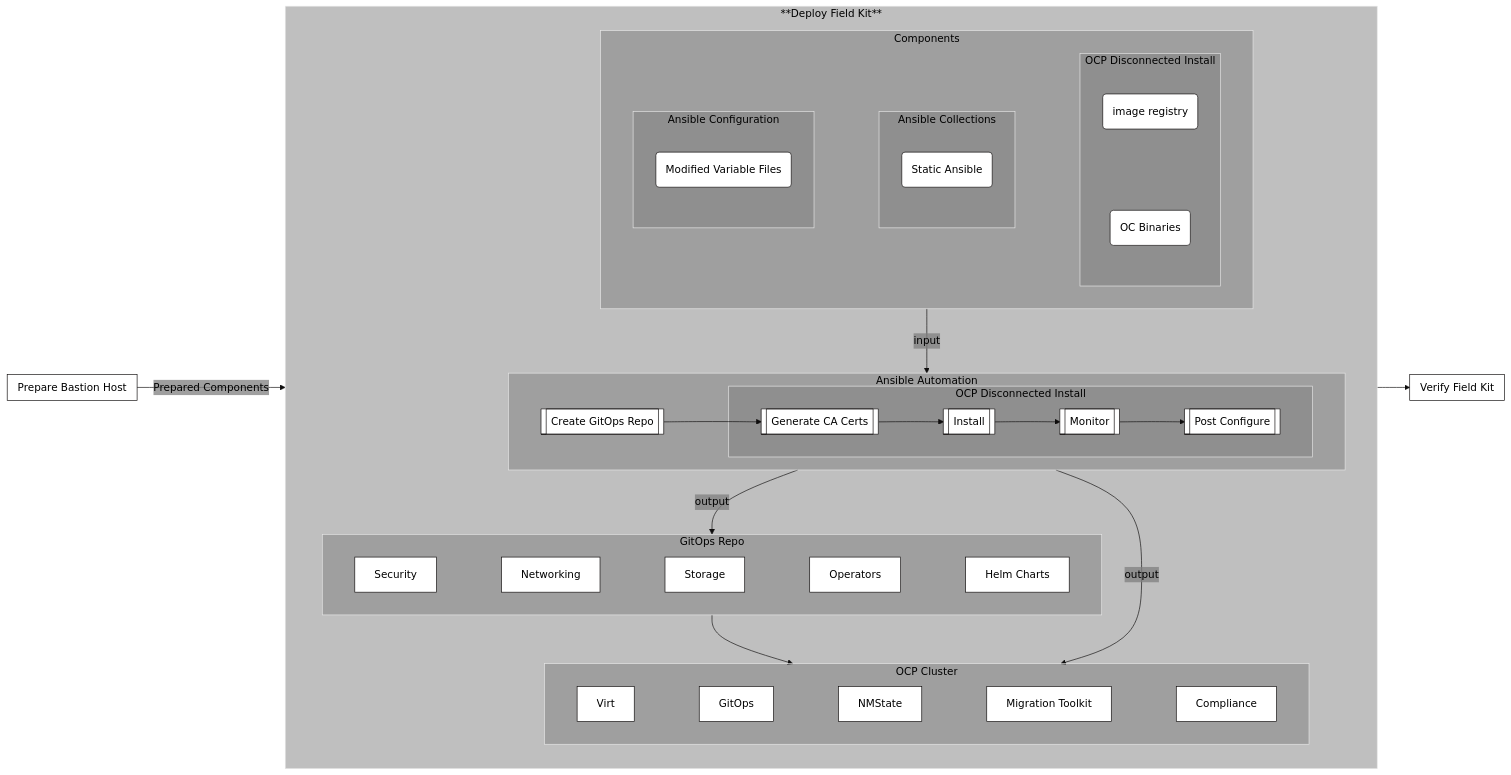
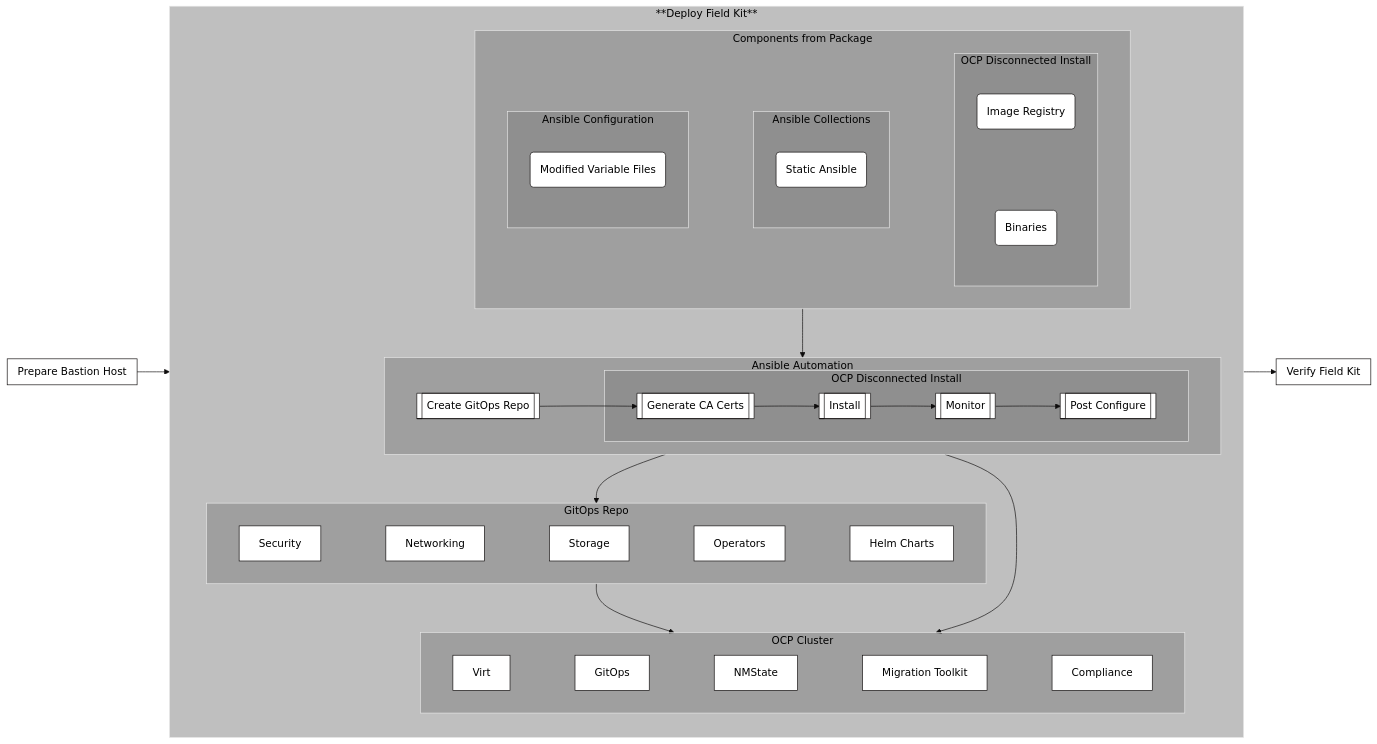
The diagram in workflow/diagram-4.md (ppremru/LaunchFieldKitAdoption), drawn with Mermaid before and after one commit. The commit also changed other lines of this file and 9 other files, not shown here.

````diff
--- a/workflow/diagram-4.md
+++ b/workflow/diagram-4.md
@@ -3,73 +3,73 @@
 ```mermaid
 ---
 config:
   theme: 'base'
   themeVariables:
     primaryColor: '#FFFFFFFF'
     primaryTextColor: '#000000'
     primaryBorderColor: '#0c0909ff'
     clusterBkg: '#80808080'
     lineColor: '#0e0d0dff'
     secondaryColor: '#80808080'
 ---
 flowchart LR
     subgraph 3[Prepare Bastion Host]
     end
     subgraph 4[**Deploy Field Kit**]
-        subgraph Artifacts[Components]
+        subgraph Artifacts[Components from Package]
           direction LR
           subgraph OCP[OCP Disconnected Install]
             direction TB
-            OCP1(image registry)
-            OCP2(OC Binaries)
+            OCP1(Image Registry)
+            OCP2(Binaries)
             OCP1 ~~~ OCP2
           end
           subgraph Config[Ansible Configuration]
             direction TB
             C1(Modified Variable Files)
           end
           subgraph Collections[Ansible Collections]
             direction TB
             C2(Static Ansible)
           end
           Config ~~~ Collections ~~~ OCP
         end
         subgraph Deploy[Ansible Automation]
           direction LR
           d0[[Create GitOps Repo]]
 
           subgraph hello[OCP Disconnected Install]
             d1[[Generate CA Certs]]
             d2[[Install]]
             d3[[Monitor]]
             d4[[Post Configure]]
           end 
           d0 --> d1 --> d2 --> d3 --> d4
         end
         subgraph GitOps[GitOps Repo]
           direction LR
           g1[Security]
           g2[Networking]
           g3[Storage]
           g4[Operators]
           g5[Helm Charts]
           g1 ~~~ g2 ~~~ g3 ~~~ g4 ~~~ g5
         end 
         subgraph OCPCluster[OCP Cluster]
           direction LR
           o1[Virt]
           o2[GitOps]
           o3[NMState]
           o4[Migration Toolkit]
           o5[Compliance]
           o1 ~~~ o2 ~~~ o3 ~~~ o4 ~~~ o5
         end
-        Artifacts -- input --> Deploy
+        Artifacts --> Deploy
         GitOps --> OCPCluster
-        Deploy -- output --> GitOps
-        Deploy -- output --> OCPCluster
+        Deploy --> GitOps
+        Deploy --> OCPCluster
     end
     subgraph 5[Verify Field Kit]
     end
-    3 -- Prepared Components --> 4 --> 5
+    3 --> 4 --> 5
 ```
````
